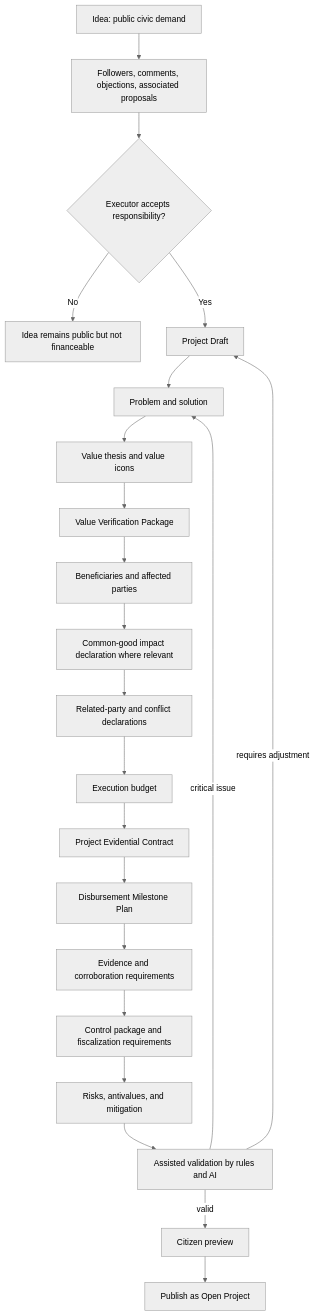
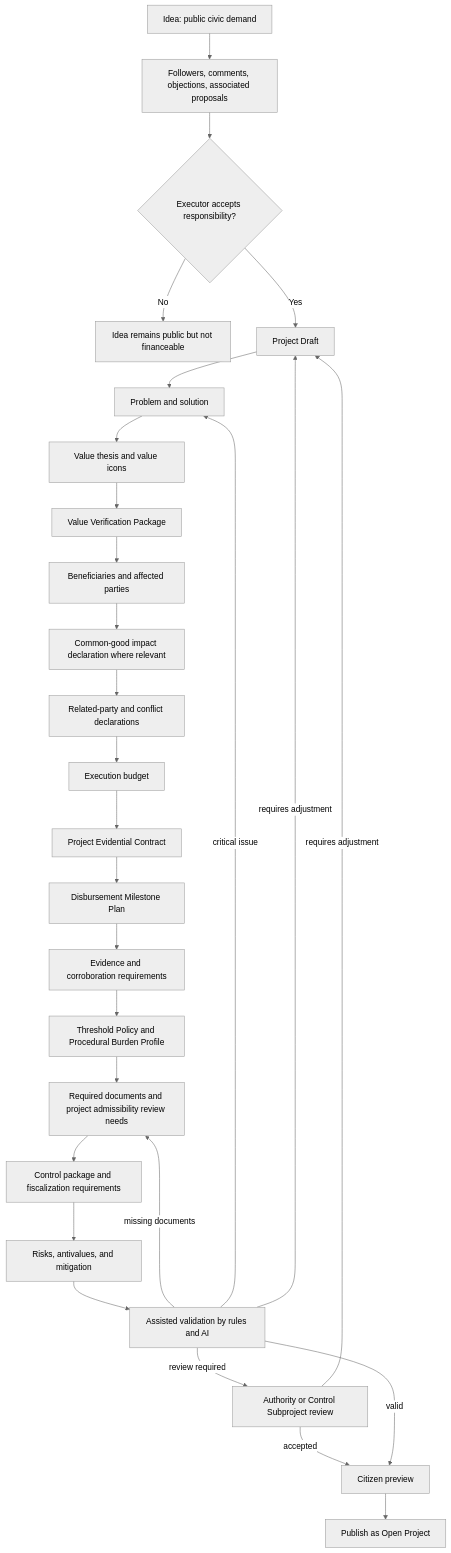
One commit to moffermann/distributed-governance-research changed the diagram in docs/diagrams/v0-project-creation-publication.md. Above: the diagram before and after it, drawn with Mermaid (neutral theme). The commit also changed other lines of this file and 14 other files, not shown here.

First line of the commit message:
Align H020 procedural burden

````diff
--- a/docs/diagrams/v0-project-creation-publication.md
+++ b/docs/diagrams/v0-project-creation-publication.md
@@ -9,27 +9,33 @@
 ```mermaid
 flowchart TD
     A[Idea: public civic demand]
     A --> A1[Followers, comments, objections, associated proposals]
     A1 --> E{Executor accepts responsibility?}
     E -->|No| A2[Idea remains public but not financeable]
     E -->|Yes| P[Project Draft]
 
     P --> B[Problem and solution]
     B --> C[Value thesis and value icons]
     C --> VVP[Value Verification Package]
     VVP --> D[Beneficiaries and affected parties]
     D --> CG[Common-good impact declaration where relevant]
     CG --> RPC[Related-party and conflict declarations]
     RPC --> F[Execution budget]
     F --> EC[Project Evidential Contract]
     EC --> MP[Disbursement Milestone Plan]
     MP --> EV[Evidence and corroboration requirements]
-    EV --> CTRL[Control package and fiscalization requirements]
+    EV --> TP[Threshold Policy and Procedural Burden Profile]
+    TP --> DOC[Required documents and project admissibility review needs]
+    DOC --> CTRL[Control package and fiscalization requirements]
     CTRL --> RA[Risks, antivalues, and mitigation]
     RA --> AS[Assisted validation by rules and AI]
 
+    AS -->|missing documents| DOC
+    AS -->|review required| AR[Authority or Control Subproject review]
+    AR -->|accepted| CP
+    AR -->|requires adjustment| P
     AS -->|critical issue| B
     AS -->|requires adjustment| P
     AS -->|valid| CP[Citizen preview]
     CP --> OP[Publish as Open Project]
 ```
````
